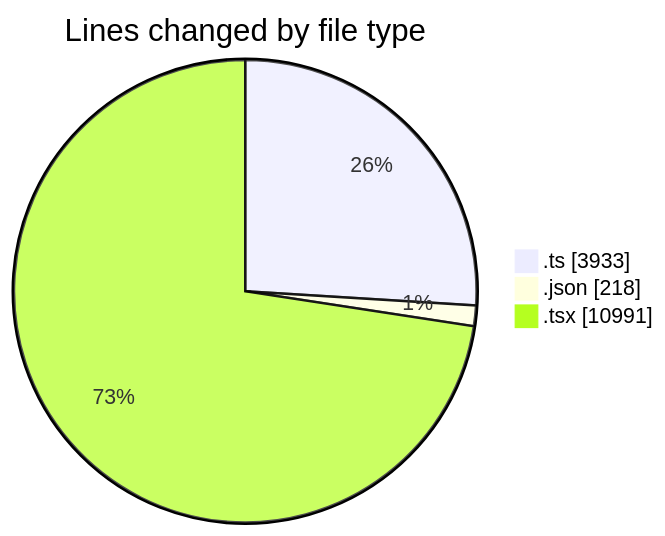
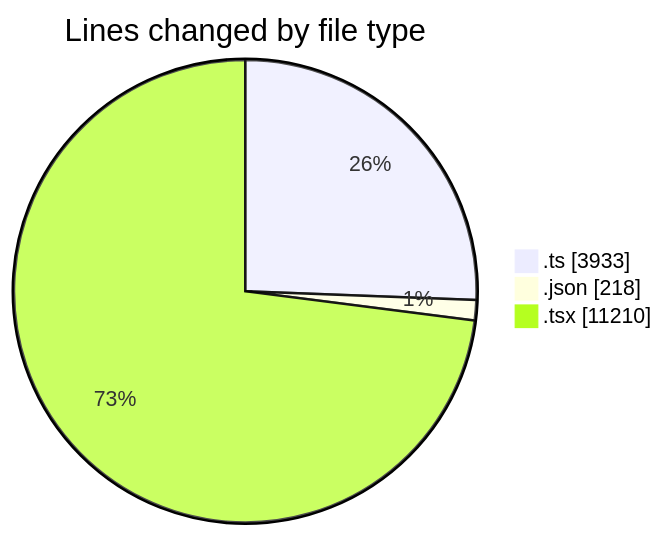
One commit to nxtqubesakshisongat/code-tracking changed the first of 2 diagrams in 2026-03-16/nxtqube_webapp/README.md. Above: the diagram before and after it, drawn with Mermaid. The commit also changed other lines of this file and 1 other file, not shown here.

````diff
--- a/2026-03-16/nxtqube_webapp/README.md
+++ b/2026-03-16/nxtqube_webapp/README.md
@@ -57,7 +58,7 @@
 ```mermaid
 pie showData
 title Lines changed by file type
 ".ts" : 3933
 ".json" : 218
-".tsx" : 10991
+".tsx" : 11210
 ```
````
